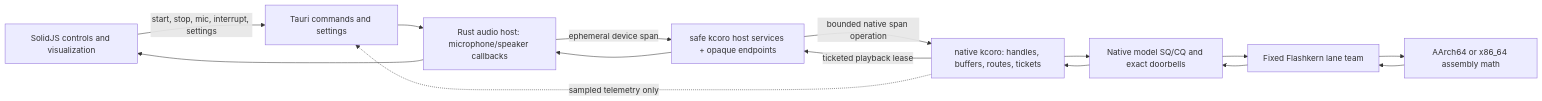
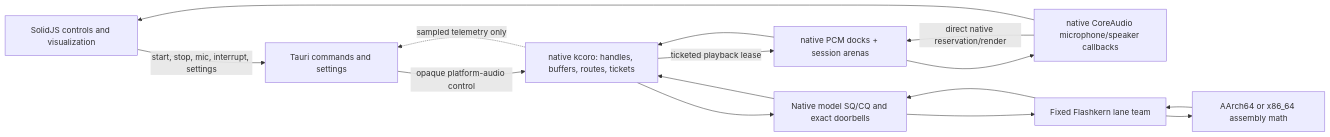
The first of 2 diagrams in packages/desktop/src-tauri/src/voice/VOICE_ARCHITECTURE.md (SolaceHarmony/emberharmony), drawn with Mermaid before and after one commit. The commit also changed other lines of this file and 50 other files, not shown here.

````diff
--- a/packages/desktop/src-tauri/src/voice/VOICE_ARCHITECTURE.md
+++ b/packages/desktop/src-tauri/src/voice/VOICE_ARCHITECTURE.md
@@ -38,22 +39,22 @@
 ```mermaid
 flowchart LR
     UI["SolidJS controls and visualization"]
     Tauri["Tauri commands and settings"]
-    Audio["Rust audio host: microphone/speaker callbacks"]
-    Dock["safe kcoro host services + opaque endpoints"]
+    Audio["native CoreAudio microphone/speaker callbacks"]
+    Dock["native PCM docks + session arenas"]
     Native["native kcoro: handles, buffers, routes, tickets"]
     Rings["Native model SQ/CQ and exact doorbells"]
     Lanes["Fixed Flashkern lane team"]
     Asm["AArch64 or x86_64 assembly math"]
 
     UI -->|"start, stop, mic, interrupt, settings"| Tauri
-    Tauri --> Audio
-    Audio -->|"ephemeral device span"| Dock
-    Dock -->|"bounded native span operation"| Native
+    Tauri -->|"opaque platform-audio control"| Native
+    Audio -->|"direct native reservation/render"| Dock
+    Dock --> Native
     Native --> Rings --> Lanes --> Asm
     Asm --> Lanes --> Rings --> Native
     Native -->|"ticketed playback lease"| Dock
     Dock --> Audio
     Audio --> UI
     Native -. "sampled telemetry only" .-> Tauri
 ```
````
